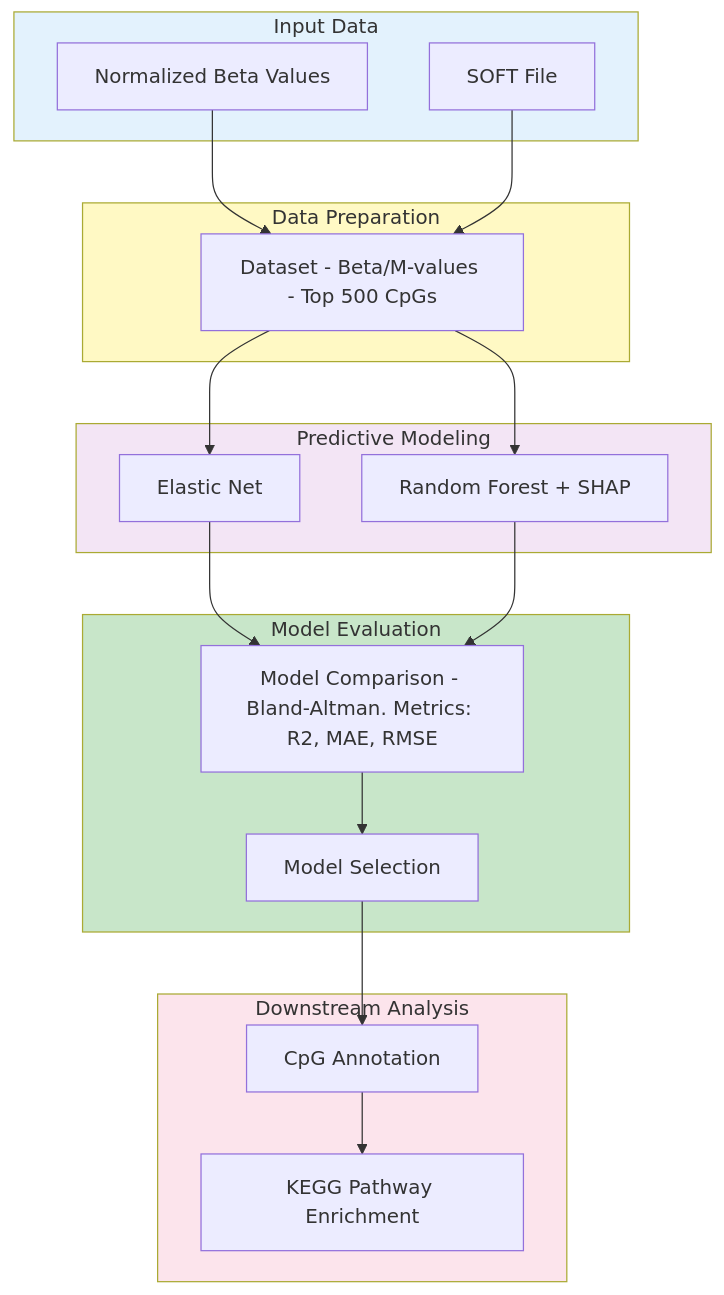
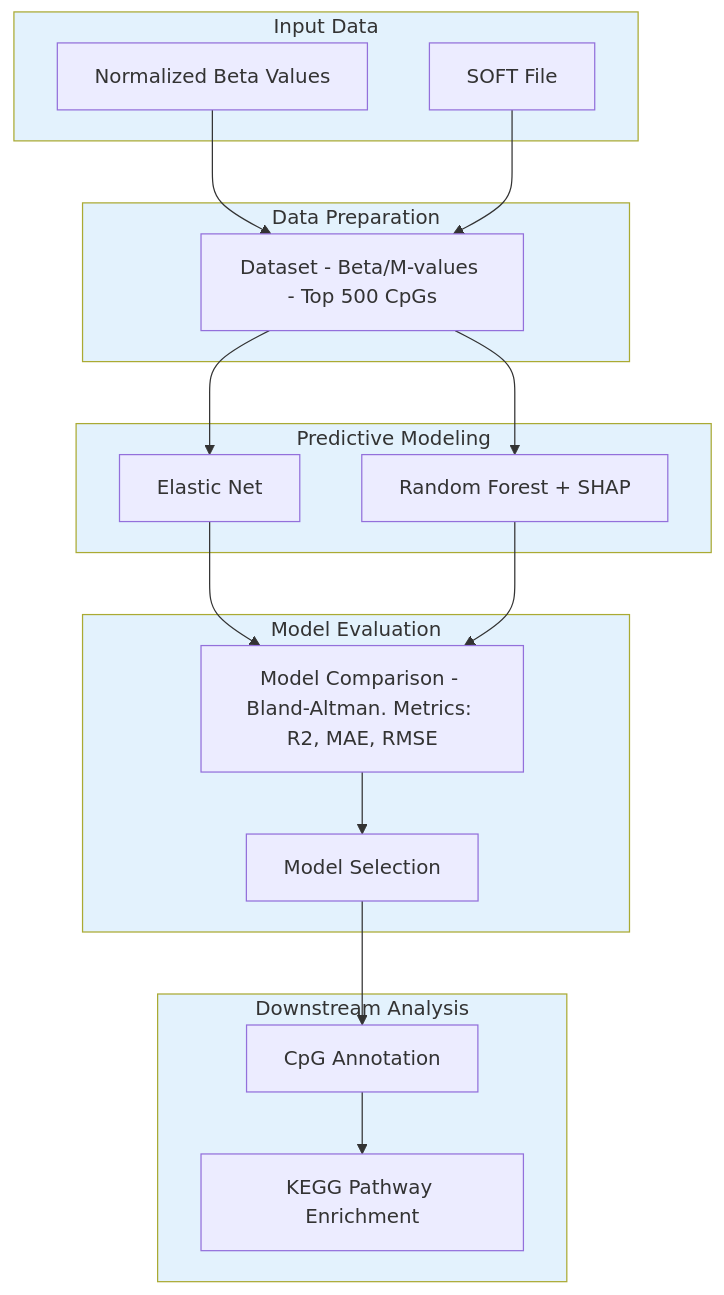
One commit to Magal88/BINF7700_Capstone_Eisik_Magali changed the diagram in README.md. Above: the diagram before and after it, drawn with Mermaid.

````diff
--- a/README.md
+++ b/README.md
@@ -9,42 +9,42 @@
 ```mermaid
 flowchart TD
     subgraph Input ["Input Data"]
         A[Normalized Beta Values]
         B[SOFT File ]
     end
 
     subgraph Prep ["Data Preparation"]
         C[Dataset - Beta/M-values - Top 500 CpGs]
     end
 
     subgraph Modeling ["Predictive Modeling"]
         D[Elastic Net]
         E[Random Forest + SHAP]
     end
 
     subgraph Evaluation ["Model Evaluation"]
         F[Model Comparison - Bland-Altman. Metrics: R2, MAE, RMSE]
         G[Model Selection]
     end
 
     subgraph Analysis ["Downstream Analysis"]
         H[CpG Annotation]
         I[KEGG Pathway Enrichment]
     end
 
     A --> C
     B --> C
     C --> D
     C --> E
     D --> F
     E --> F
     F --> G
     G --> H
     H --> I
 
     style Input fill:#e3f2fd
-    style Prep fill:#fff9c4
-    style Modeling fill:#f3e5f5
-    style Evaluation fill:#c8e6c9
-    style Analysis fill:#fce4ec
+    style Prep fill:#e3f2fd
+    style Modeling fill:#e3f2fd
+    style Evaluation fill:#e3f2fd
+    style Analysis fill:#e3f2fd
 ```
````
